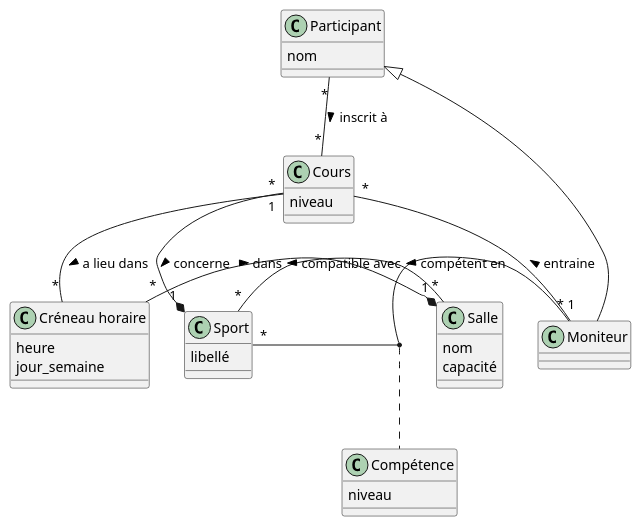
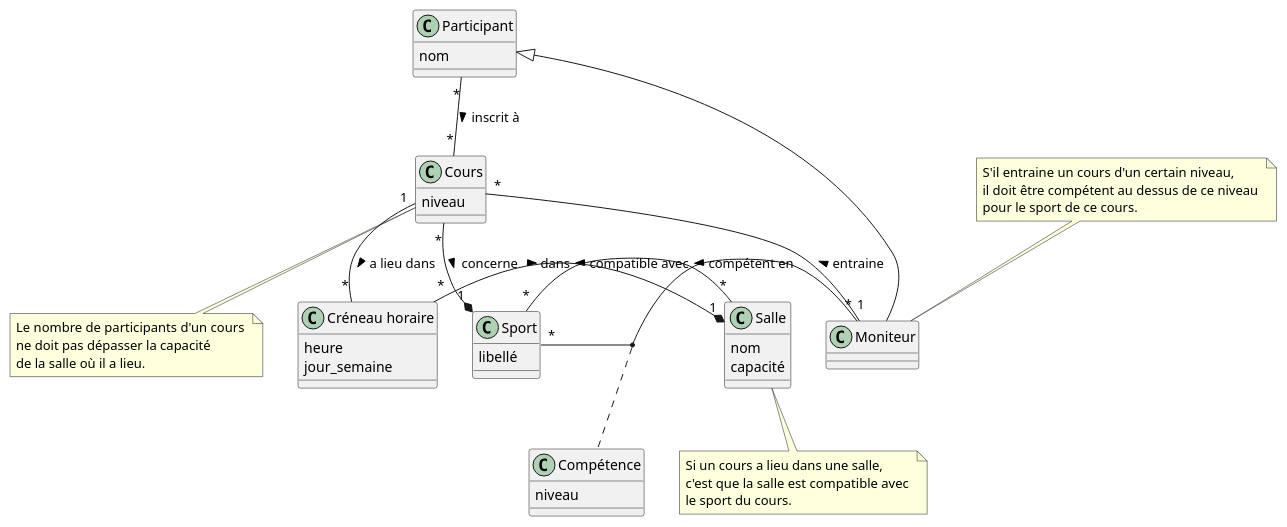
The diagram in uml/classe.puml (pdl-classroom/uml-classe-cours-de-sport-corrige), drawn with PlantUML before and after one commit. The commit also changed 1 other file, not shown here.

```diff
--- a/uml/classe.puml
+++ b/uml/classe.puml
@@ -1,72 +1,74 @@
 @startuml
 
 ' class Sport {
 '   libellé
 ' }
 
   ' class Cours {
   '   niveau
   ' }
 together {
 class Salle {
   nom
   capacité
 }
 
 class Moniteur {
 }
 
 class Sport {
   libellé
 }
 
 }
 ' class Salle {
 '   nom
 '   capacité
 ' }
 
 ' class "Créneau horaire" as Creneau {
 '   heure
 '   jour_semaine
 ' }
 
 ' class Participant {
 '   nom
 ' }
 
 ' class Moniteur {
 ' }
 
 class Compétence {
   niveau
 }
 
 together {
   class Cours {
   niveau
 }
   class Participant {
   nom
 }
   class "Créneau horaire" as Creneau {
   heure
   jour_semaine
 }
 }
 
 Moniteur --|> Participant
 
 Cours "*" --* "1" Sport : concerne >
 Salle "*" -up- "*" Sport : compatible avec >
 Salle "1" *-up- "*" Creneau : dans <
 Cours "1" -- "*" Creneau : a lieu dans >
 Participant "*" -- "*" Cours : inscrit à >
 Moniteur "1" -- "*" Cours : entraine >
 Moniteur "*" - "*" Sport : compétent en >
 (Moniteur, Sport) .. Compétence
 
-
+note top of Moniteur : S'il entraine un cours d'un certain niveau, \nil doit être compétent au dessus de ce niveau \npour le sport de ce cours.
+note bottom of Salle : Si un cours a lieu dans une salle, \nc'est que la salle est compatible avec \nle sport du cours.
+note bottom of Cours : Le nombre de participants d'un cours \nne doit pas dépasser la capacité \nde la salle où il a lieu.
 
 
 @enduml
```
